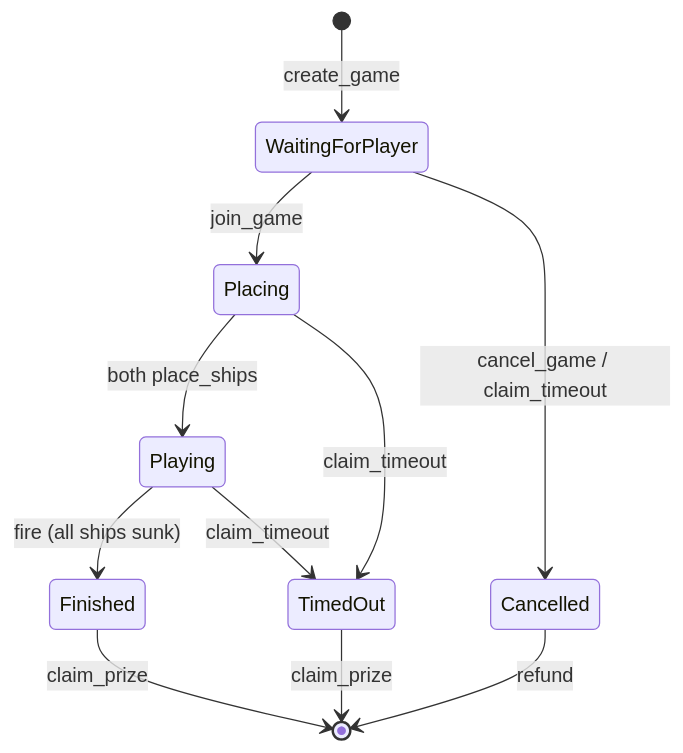
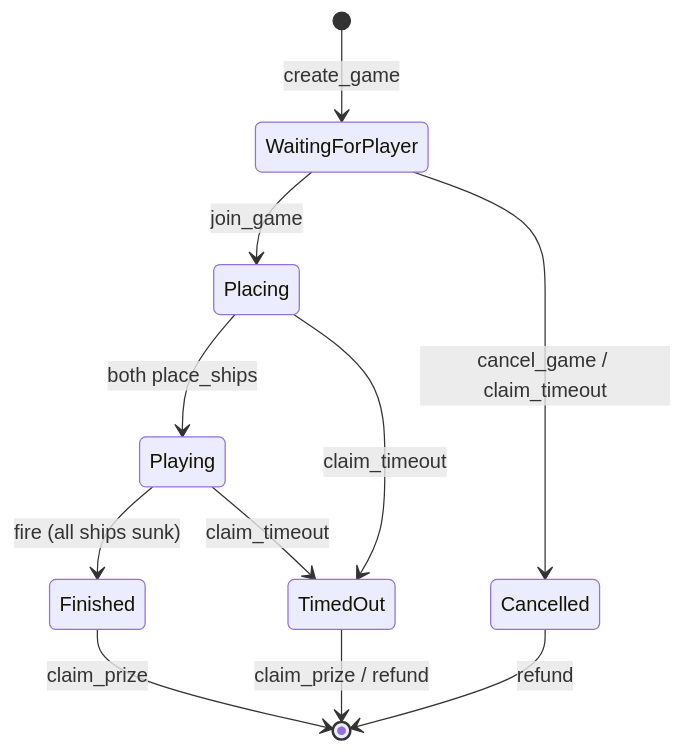
Before and after one commit to Andy00L/private-battleship: the first of 3 diagrams in README.md, drawn with Mermaid. The commit also changed other lines of this file and 3 other files, not shown here.

````diff
--- a/README.md
+++ b/README.md
@@ -33,13 +35,13 @@
 ```mermaid
 stateDiagram-v2
     [*] --> WaitingForPlayer: create_game
     WaitingForPlayer --> Placing: join_game
     WaitingForPlayer --> Cancelled: cancel_game / claim_timeout
     Placing --> Playing: both place_ships
     Placing --> TimedOut: claim_timeout
     Playing --> Finished: fire (all ships sunk)
     Playing --> TimedOut: claim_timeout
     Finished --> [*]: claim_prize
-    TimedOut --> [*]: claim_prize
+    TimedOut --> [*]: claim_prize / refund
     Cancelled --> [*]: refund
 ```
````
